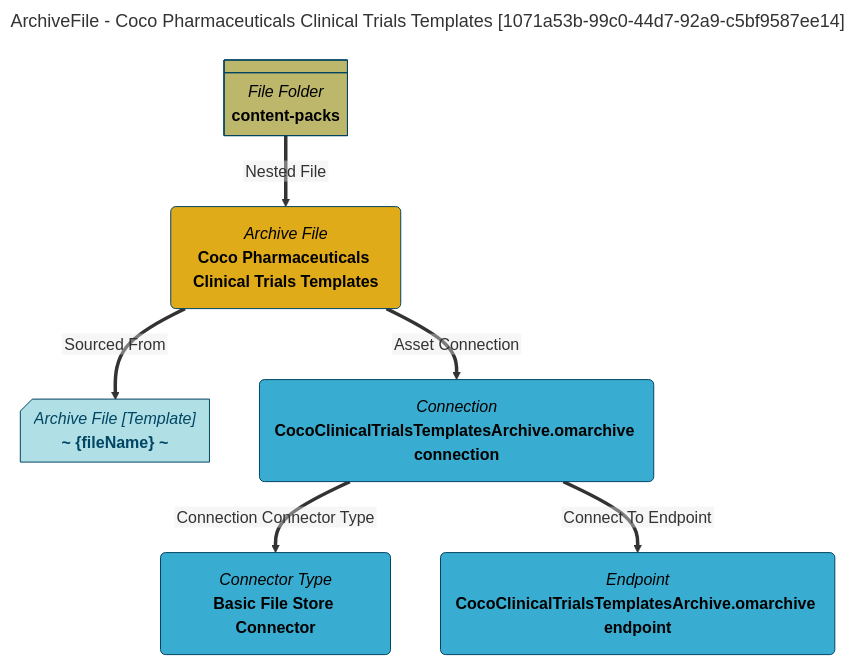
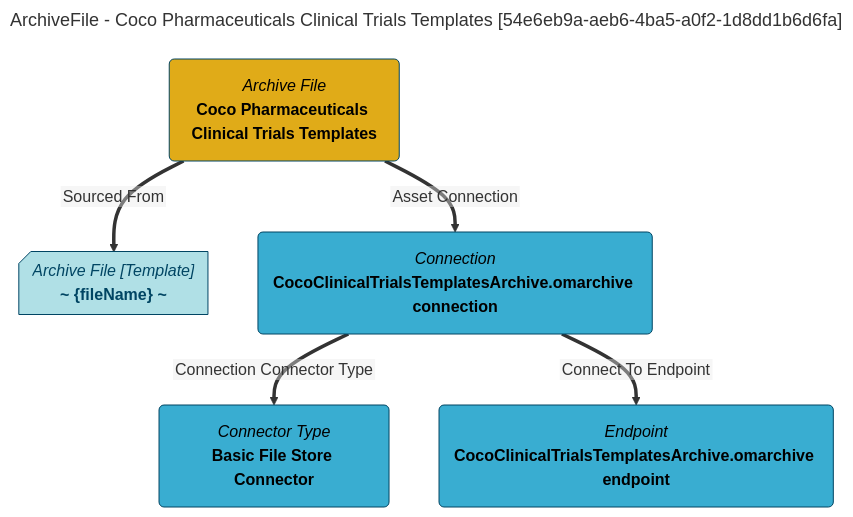
Before and after one commit to odpi/egeria-docs: the diagram in site/snippets/data-assets/coco-pharmaceuticals-clinical-trials-templates-mermaid-graph.md, drawn with Mermaid. The commit also changed 2201 other files, not shown here.

````diff
--- a/site/snippets/data-assets/coco-pharmaceuticals-clinical-trials-templates-mermaid-graph.md
+++ b/site/snippets/data-assets/coco-pharmaceuticals-clinical-trials-templates-mermaid-graph.md
@@ -1,31 +1,27 @@
 ```mermaid
 ---
-title: ArchiveFile - Coco Pharmaceuticals Clinical Trials Templates [1071a53b-99c0-44d7-92a9-c5bf9587ee14]
+title: ArchiveFile - Coco Pharmaceuticals Clinical Trials Templates [54e6eb9a-aeb6-4ba5-a0f2-1d8dd1b6d6fa]
 ---
 flowchart TD
 %%{init: {"flowchart": {"htmlLabels": false}} }%%
 
 1@{ shape: rounded, label: "*Archive File*
 **Coco Pharmaceuticals Clinical Trials Templates**"}
 2@{ shape: card, label: "*Archive File [Template]*
 **~ {fileName} ~**"}
 1==>|"Sourced From"|2
 3@{ shape: rounded, label: "*Connection*
 **CocoClinicalTrialsTemplatesArchive.omarchive connection**"}
 1==>|"Asset Connection"|3
 4@{ shape: rounded, label: "*Connector Type*
 **Basic File Store Connector**"}
 3==>|"Connection Connector Type"|4
 5@{ shape: rounded, label: "*Endpoint*
 **CocoClinicalTrialsTemplatesArchive.omarchive endpoint**"}
 3==>|"Connect To Endpoint"|5
-6@{ shape: div-rect, label: "*File Folder*
-**content-packs**"}
-6==>|"Nested File"|1
 style 1 color:#000000, fill:#e0ab18, stroke:#004563
 style 2 color:#004563, fill:#b0e0e6, stroke:#004563
 style 3 color:#000000, fill:#39add1, stroke:#004563
 style 4 color:#000000, fill:#39add1, stroke:#004563
 style 5 color:#000000, fill:#39add1, stroke:#004563
-style 6 color:#000000, fill:#bdb76b, stroke:#004563
 ```
````
